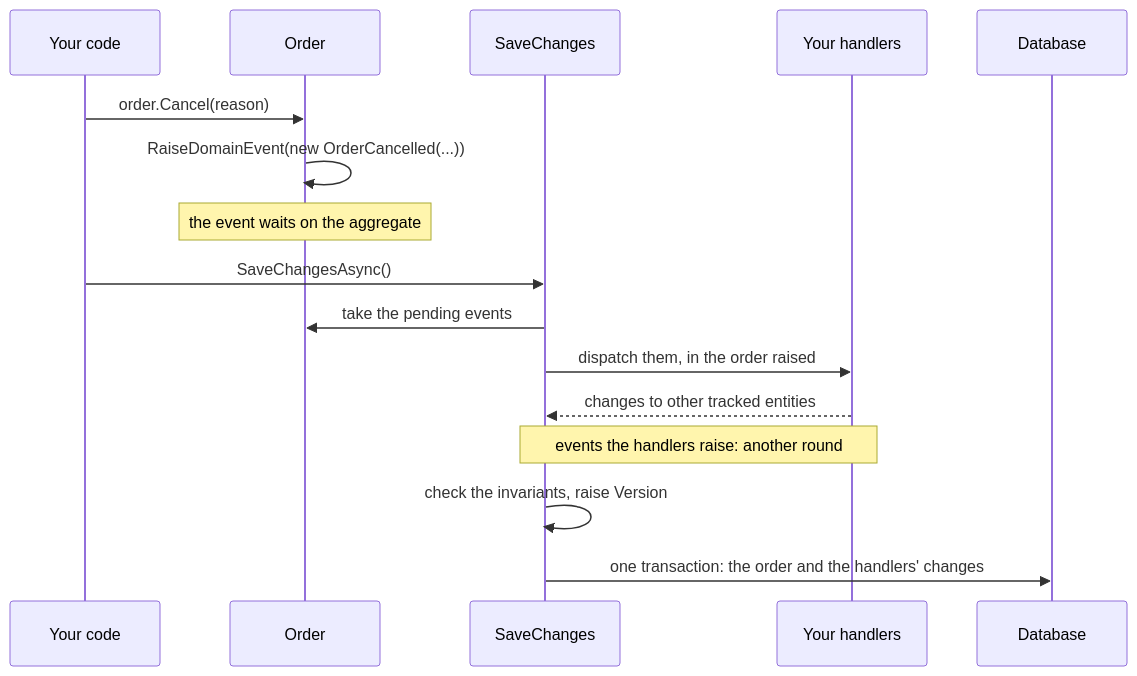
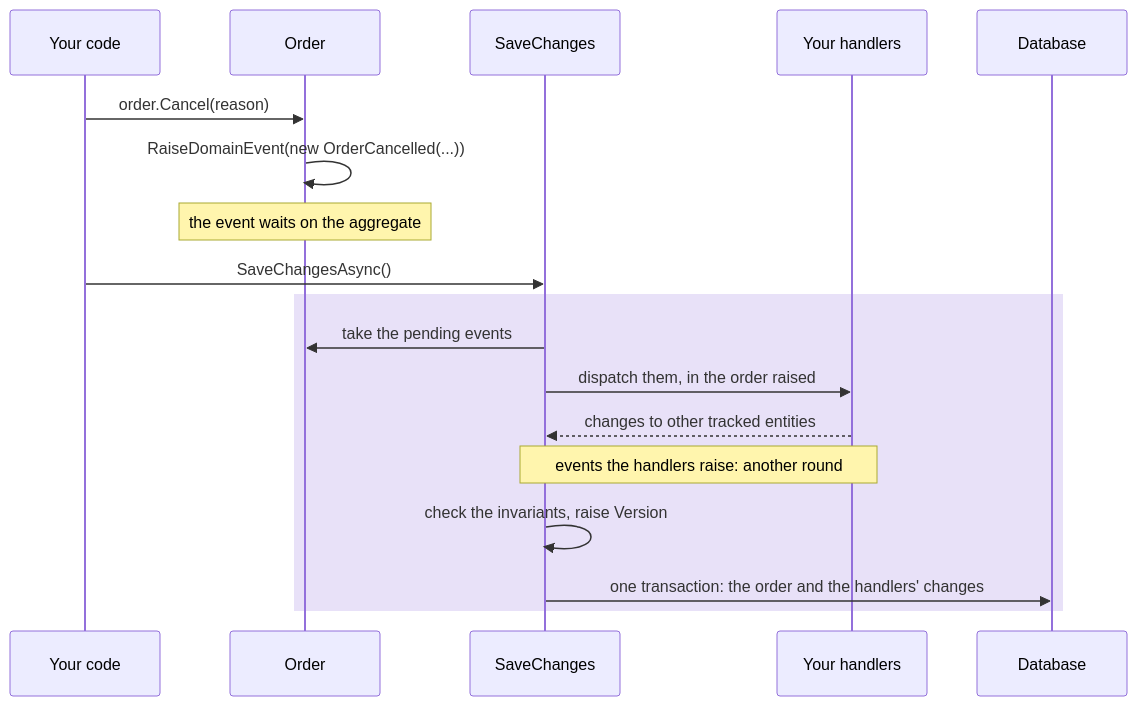
Before and after one commit to DylanSnel/DDDToolkit: the first of 2 diagrams in docs/event-delivery.md, drawn with Mermaid. The commit also changed other lines of this file and 41 other files, not shown here.

First line of the commit message:
Docs: plain prose, one word per concept, and readable diagrams on every page

````diff
--- a/docs/event-delivery.md
+++ b/docs/event-delivery.md
@@ -25,19 +28,21 @@
 ```mermaid
 sequenceDiagram
     participant Code as Your code
     participant Order as Order
     participant Save as SaveChanges
     participant Handlers as Your handlers
     participant Db as Database
 
     Code->>Order: order.Cancel(reason)
     Order->>Order: RaiseDomainEvent(new OrderCancelled(...))
     Note over Order: the event waits on the aggregate
     Code->>Save: SaveChangesAsync()
-    Save->>Order: take the pending events
-    Save->>Handlers: dispatch them, in the order raised
-    Handlers-->>Save: changes to other tracked entities
-    Note over Save,Handlers: events the handlers raise: another round
-    Save->>Save: check the invariants, raise Version
-    Save->>Db: one transaction: the order and the handlers' changes
+    rect rgba(91, 46, 201, 0.14)
+        Save->>Order: take the pending events
+        Save->>Handlers: dispatch them, in the order raised
+        Handlers-->>Save: changes to other tracked entities
+        Note over Save,Handlers: events the handlers raise: another round
+        Save->>Save: check the invariants, raise Version
+        Save->>Db: one transaction: the order and the handlers' changes
+    end
 ```
````
